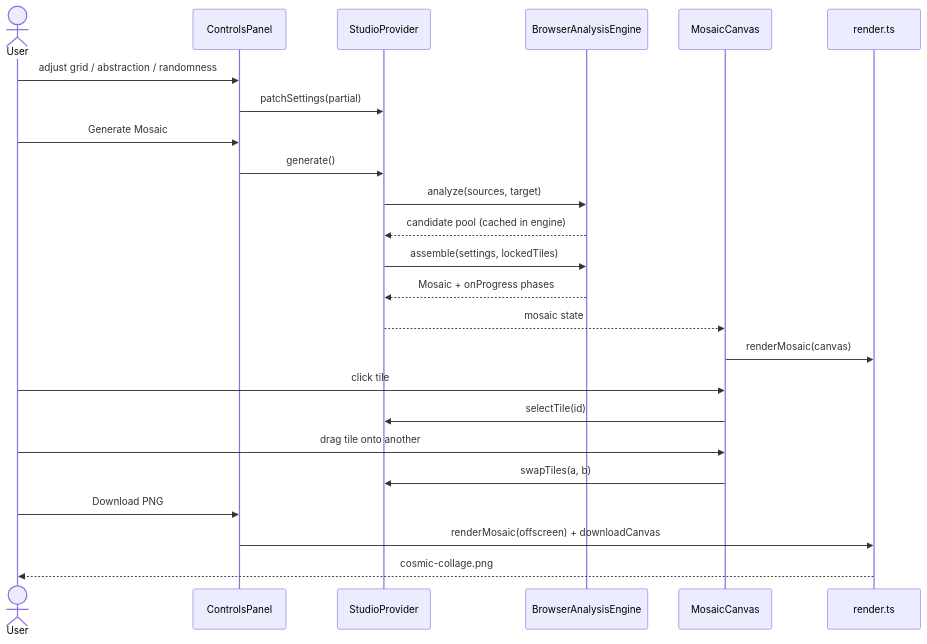
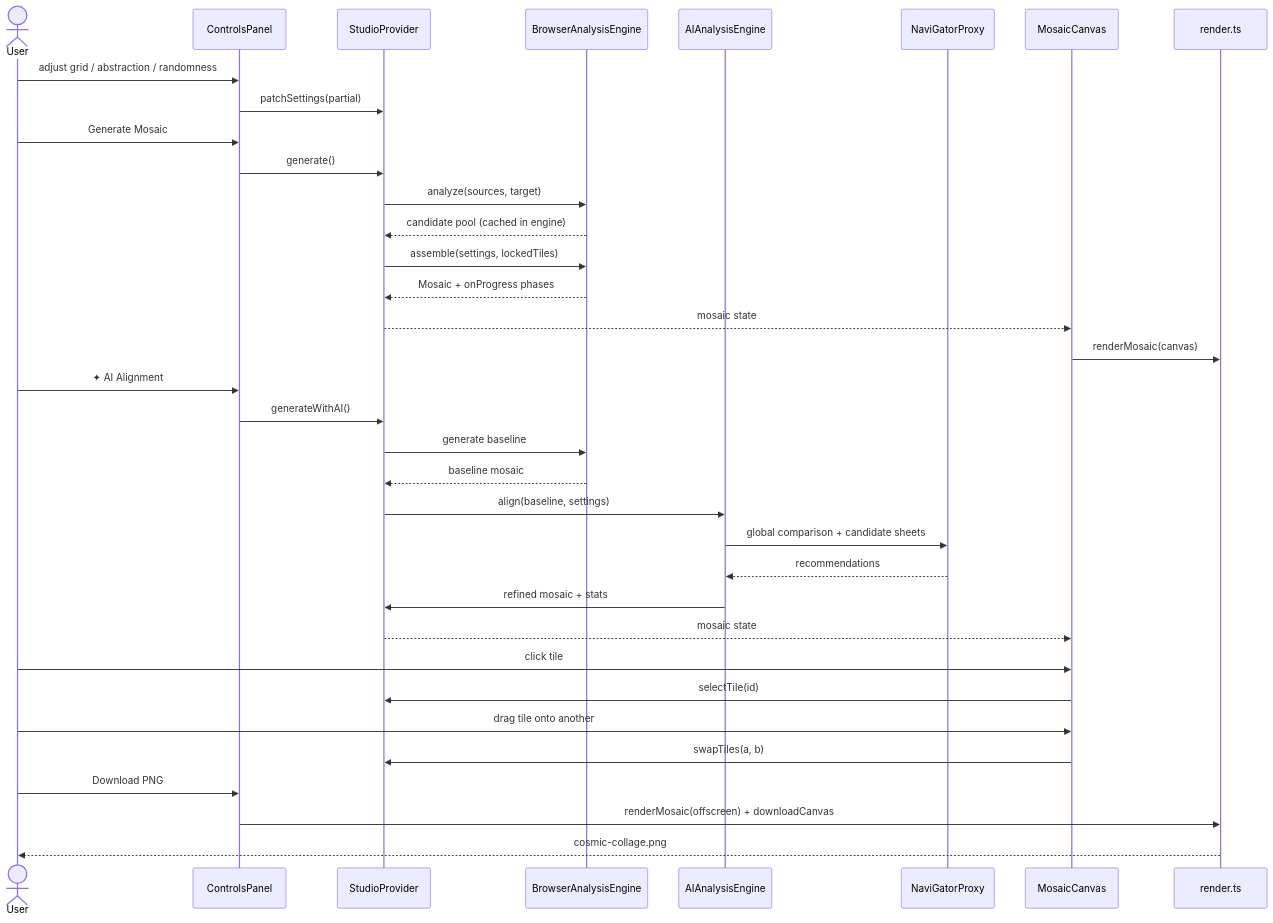
Before and after one commit to jayrosen-design/cosmic-collage: the fourth of 6 diagrams in README.md, drawn with Mermaid. The commit also changed other lines of this file, not shown here.

````diff
--- a/README.md
+++ b/README.md
@@ -121,27 +159,38 @@
 ```mermaid
 sequenceDiagram
   actor U as User
   participant CP as ControlsPanel
   participant ST as StudioProvider
   participant EN as BrowserAnalysisEngine
+  participant AI as AIAnalysisEngine
+  participant NV as NaviGatorProxy
   participant MC as MosaicCanvas
   participant RN as render.ts
 
   U->>CP: adjust grid / abstraction / randomness
   CP->>ST: patchSettings(partial)
   U->>CP: Generate Mosaic
   CP->>ST: generate()
   ST->>EN: analyze(sources, target)
   EN-->>ST: candidate pool (cached in engine)
   ST->>EN: assemble(settings, lockedTiles)
   EN-->>ST: Mosaic + onProgress phases
   ST-->>MC: mosaic state
   MC->>RN: renderMosaic(canvas)
+  U->>CP: ✦ AI Alignment
+  CP->>ST: generateWithAI()
+  ST->>EN: generate baseline
+  EN-->>ST: baseline mosaic
+  ST->>AI: align(baseline, settings)
+  AI->>NV: global comparison + candidate sheets
+  NV-->>AI: recommendations
+  AI->>ST: refined mosaic + stats
+  ST-->>MC: mosaic state
   U->>MC: click tile
   MC->>ST: selectTile(id)
   U->>MC: drag tile onto another
   MC->>ST: swapTiles(a, b)
   U->>CP: Download PNG
   CP->>RN: renderMosaic(offscreen) + downloadCanvas
   RN-->>U: cosmic-collage.png
 ```
````
